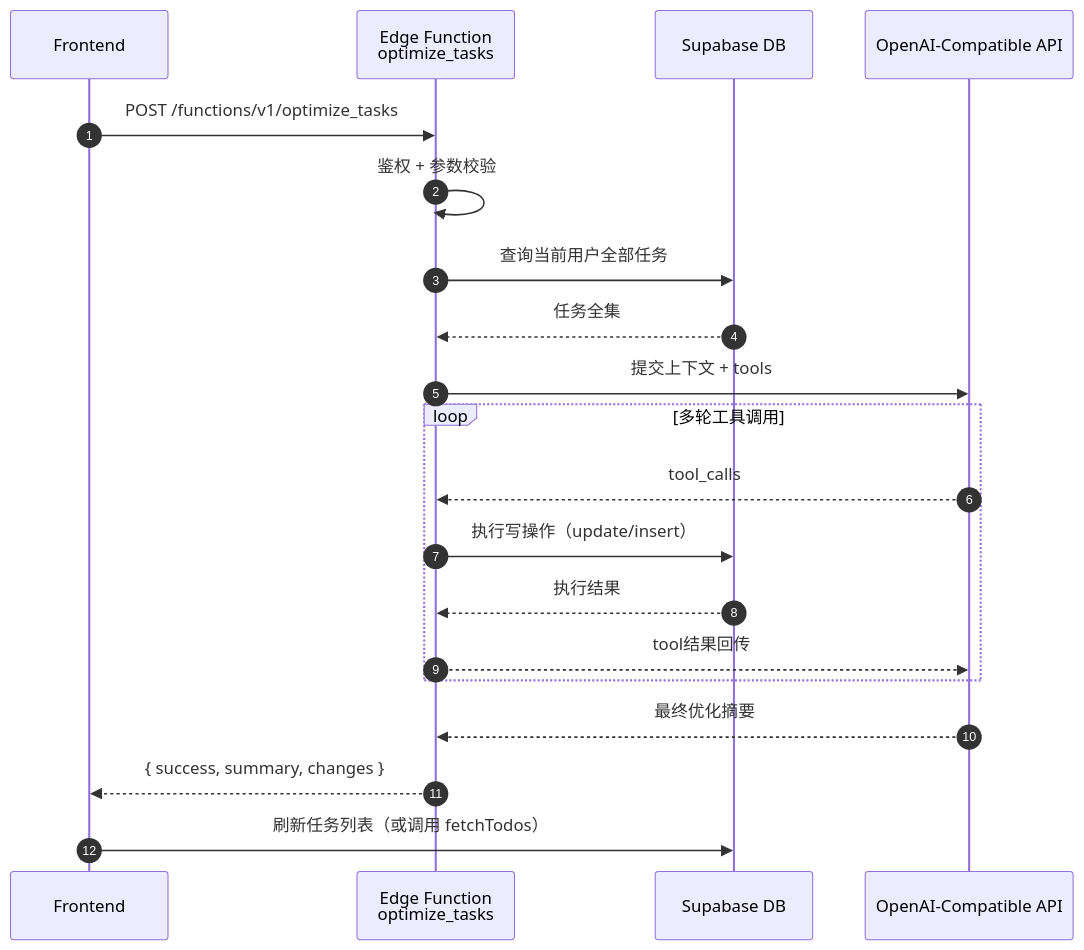
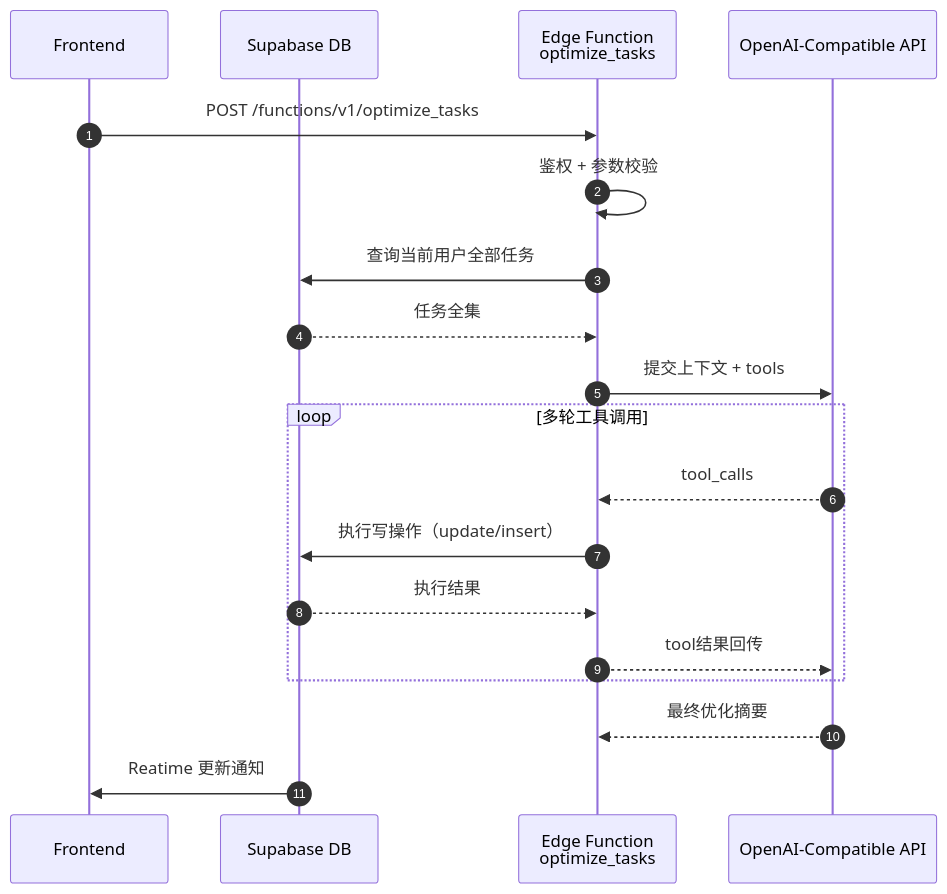
One commit to sherlocknieh/TodoHeap changed the first of 2 diagrams in docs/zh/dev-guide/05.task_optimization_command.md. Above: the diagram before and after it, drawn with Mermaid. The commit also changed 15 other files, not shown here.

````diff
--- a/docs/zh/dev-guide/05.task_optimization_command.md
+++ b/docs/zh/dev-guide/05.task_optimization_command.md
@@ -64,25 +64,24 @@
 ```mermaid
 sequenceDiagram
     autonumber
     participant FE as Frontend
+    participant DB as Supabase DB
     participant EF as Edge Function<br/>optimize_tasks
-    participant DB as Supabase DB
     participant LLM as OpenAI-Compatible API
 
     FE->>EF: POST /functions/v1/optimize_tasks
     EF->>EF: 鉴权 + 参数校验
     EF->>DB: 查询当前用户全部任务
     DB-->>EF: 任务全集
     EF->>LLM: 提交上下文 + tools
 
     loop 多轮工具调用
         LLM-->>EF: tool_calls
         EF->>DB: 执行写操作（update/insert）
         DB-->>EF: 执行结果
         EF-->>LLM: tool结果回传
     end
 
     LLM-->>EF: 最终优化摘要
-    EF-->>FE: { success, summary, changes }
-    FE->>DB: 刷新任务列表（或调用 fetchTodos）
+    DB->>FE: Reatime 更新通知
 ```
````
